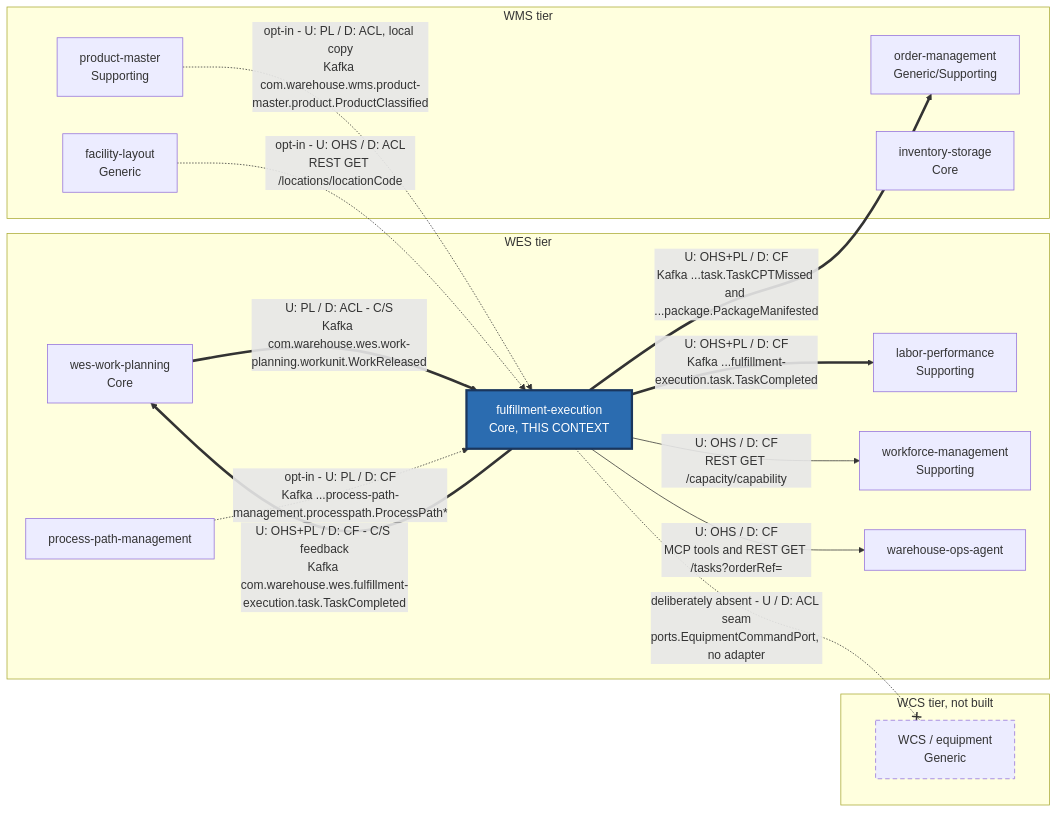
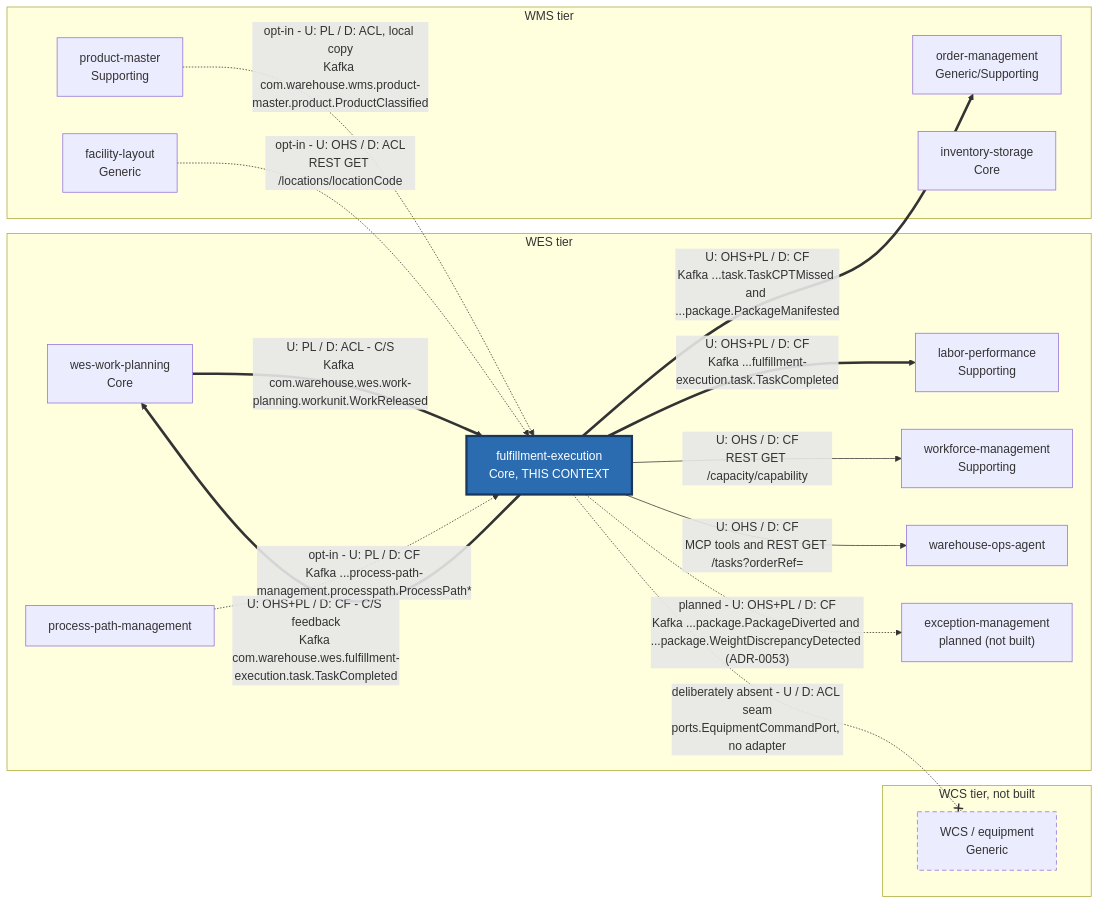
One commit to IQVO/warehouse-docs changed the first of 2 diagrams in docs/contexts/fulfillment-execution/context-map.md. Above: the diagram before and after it, drawn with Mermaid. The commit also changed other lines of this file and 237 other files, not shown here.

````diff
--- a/docs/contexts/fulfillment-execution/context-map.md
+++ b/docs/contexts/fulfillment-execution/context-map.md
@@ -43,36 +43,38 @@
 ```mermaid
 flowchart LR
     subgraph WES["WES tier"]
         WP["wes-work-planning<br/>Core"]
         FE["fulfillment-execution<br/>Core, THIS CONTEXT"]
         PPM["process-path-management"]
         LP["labor-performance<br/>Supporting"]
         WFM["workforce-management<br/>Supporting"]
         OA["warehouse-ops-agent"]
+        EM["exception-management<br/>planned (not built)"]
     end
     subgraph WMS["WMS tier"]
         OM["order-management<br/>Generic/Supporting"]
         IS["inventory-storage<br/>Core"]
         FL["facility-layout<br/>Generic"]
         PM["product-master<br/>Supporting"]
     end
     subgraph WCSTIER["WCS tier, not built"]
         WCS["WCS / equipment<br/>Generic"]
     end
 
     WP ==>|"U: PL / D: ACL - C/S<br/>Kafka com.warehouse.wes.work-planning.workunit.WorkReleased"| FE
     FE ==>|"U: OHS+PL / D: CF - C/S feedback<br/>Kafka com.warehouse.wes.fulfillment-execution.task.TaskCompleted"| WP
     FE ==>|"U: OHS+PL / D: CF<br/>Kafka ...fulfillment-execution.task.TaskCompleted"| LP
     FE ==>|"U: OHS+PL / D: CF<br/>Kafka ...task.TaskCPTMissed and ...package.PackageManifested"| OM
+    FE -.->|"planned - U: OHS+PL / D: CF<br/>Kafka ...package.PackageDiverted and ...package.WeightDiscrepancyDetected (ADR-0053)"| EM
     FE -->|"U: OHS / D: CF<br/>REST GET /capacity/capability"| WFM
     FE -->|"U: OHS / D: CF<br/>MCP tools and REST GET /tasks?orderRef="| OA
     PPM -.->|"opt-in - U: PL / D: CF<br/>Kafka ...process-path-management.processpath.ProcessPath*"| FE
     PM -.->|"opt-in - U: PL / D: ACL, local copy<br/>Kafka com.warehouse.wms.product-master.product.ProductClassified"| FE
     FL -.->|"opt-in - U: OHS / D: ACL<br/>REST GET /locations/locationCode"| FE
     FE -.-x|"deliberately absent - U / D: ACL seam<br/>ports.EquipmentCommandPort, no adapter"| WCS
 
     classDef this fill:#2b6cb0,stroke:#1a365d,stroke-width:3px,color:#fff
     classDef absent stroke-dasharray: 6 4
     class FE this
     class WCS absent
 ```
````
